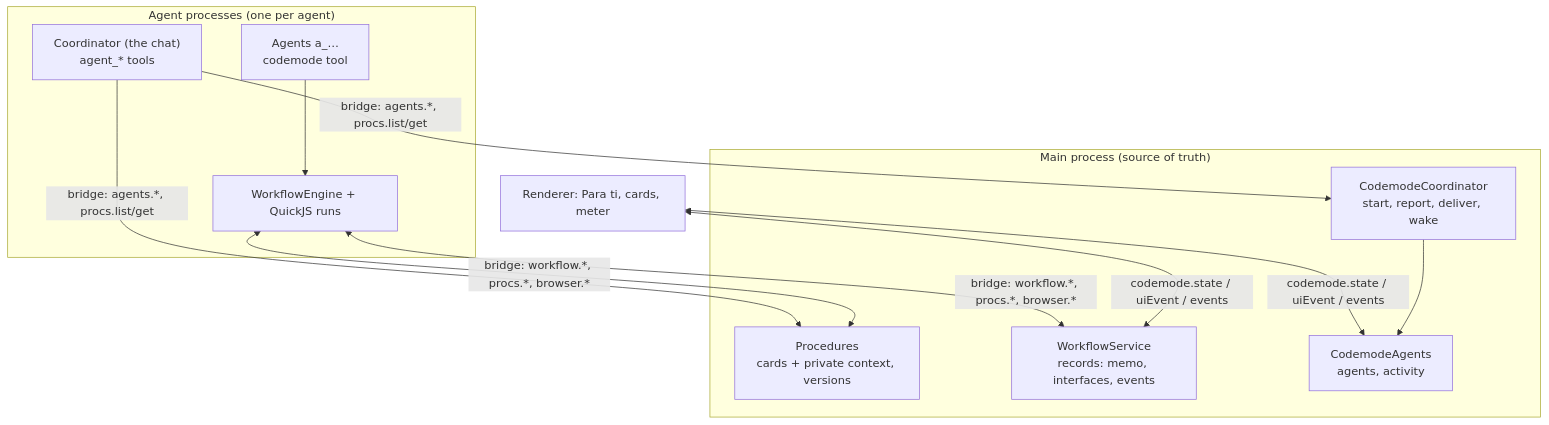
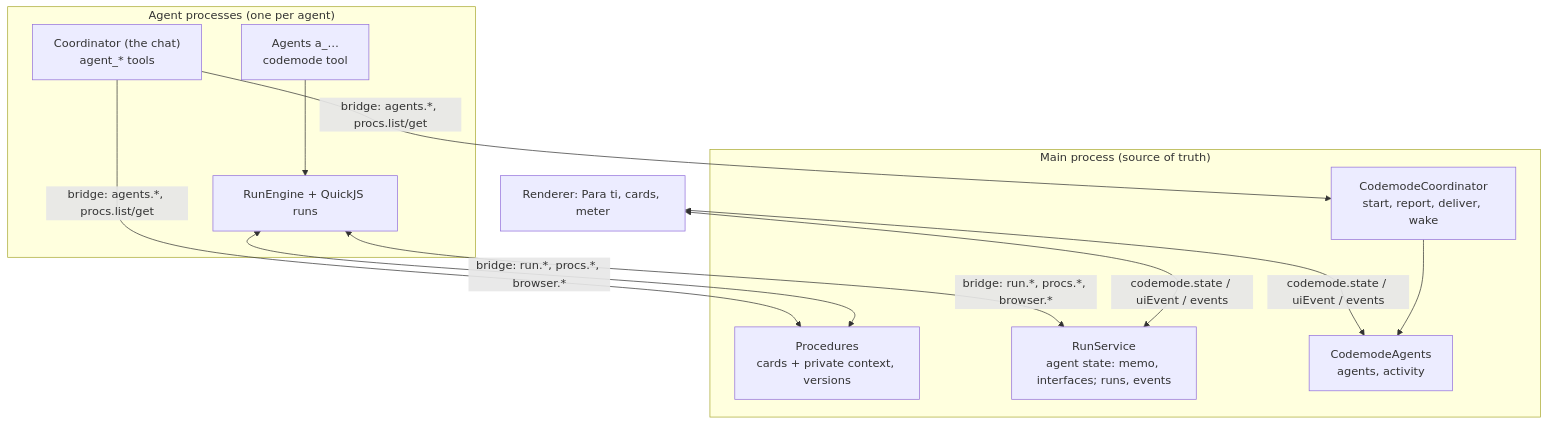
Before and after one commit to MeLlamoPablo/SpainAssist: the diagram in docs/codemode.md, drawn with Mermaid. The commit also changed other lines of this file and 129 other files, not shown here.

````diff
--- a/docs/codemode.md
+++ b/docs/codemode.md
@@ -32,20 +32,20 @@
 ```mermaid
 flowchart TB
   subgraph Main["Main process (source of truth)"]
     P["Procedures<br/>cards + private context, versions"]
-    W["WorkflowService<br/>records: memo, interfaces, events"]
+    W["RunService<br/>agent state: memo, interfaces; runs, events"]
     A["CodemodeAgents<br/>agents, activity"]
     C["CodemodeCoordinator<br/>start, report, deliver, wake"]
   end
   subgraph Hosts["Agent processes (one per agent)"]
     O["Coordinator (the chat)<br/>agent_* tools"]
     G["Agents a_…<br/>codemode tool"]
-    E["WorkflowEngine + QuickJS runs"]
+    E["RunEngine + QuickJS runs"]
   end
   R["Renderer: Para ti, cards, meter"]
   G --> E
   O -->|"bridge: agents.*, procs.list/get"| C & P
-  E <-->|"bridge: workflow.*, procs.*, browser.*"| W & P
+  E <-->|"bridge: run.*, procs.*, browser.*"| W & P
   R <-->|"codemode.state / uiEvent / events"| W & A
   C --> A
 ```
````
